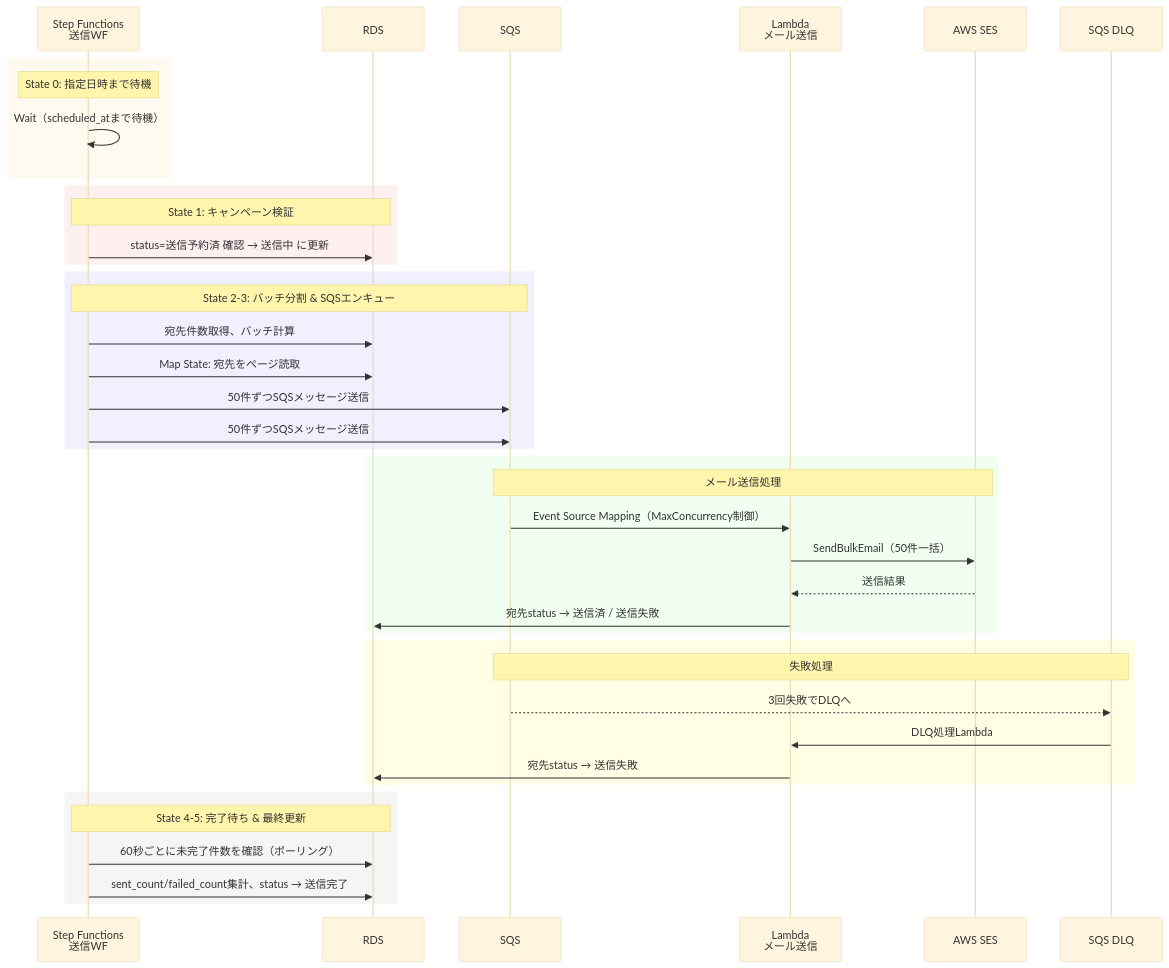
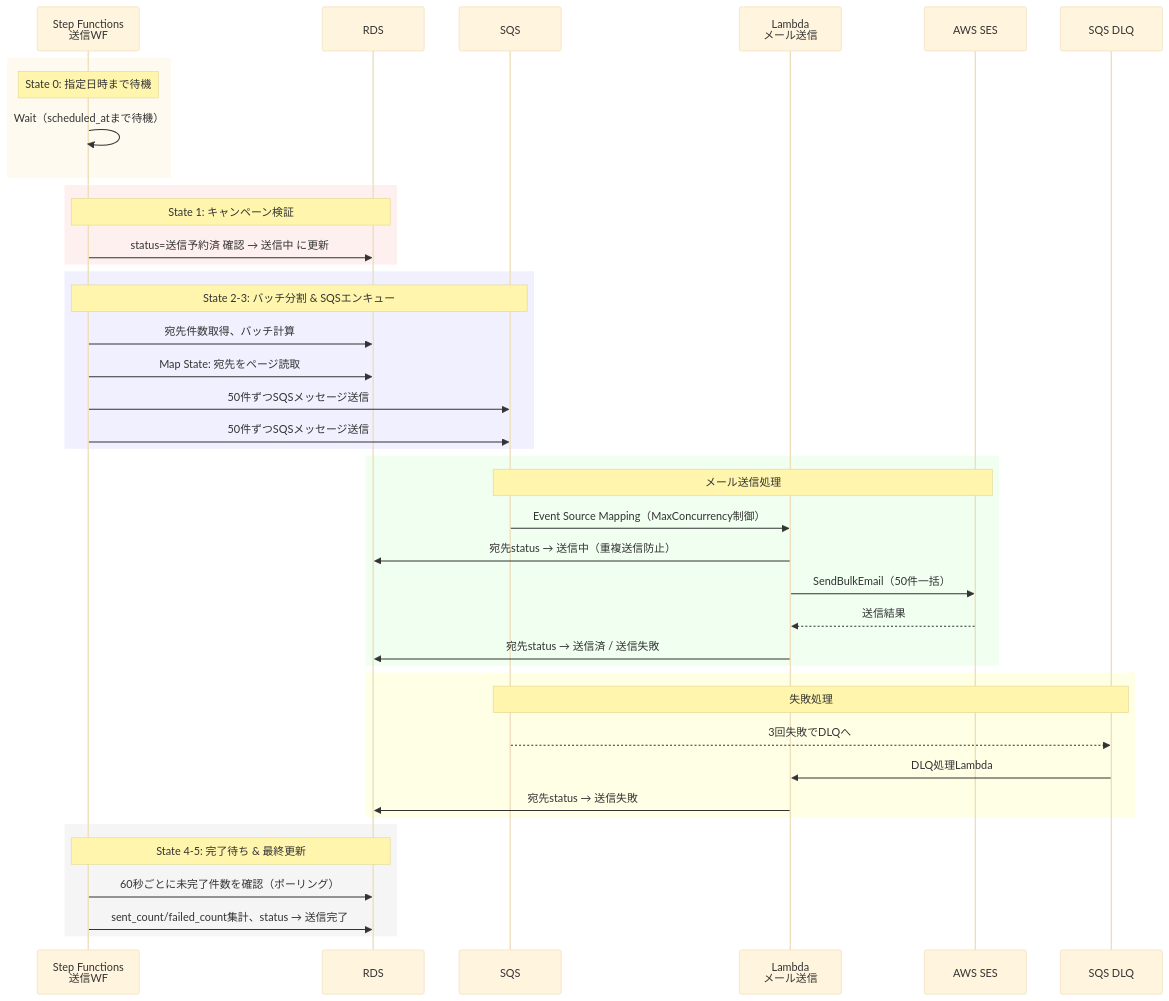
Before and after one commit to muratariku0903/mass-emailing: the fifth of 5 diagrams in docs/00-overview.md, drawn with Mermaid (base theme). The commit also changed other lines of this file and 3 other files, not shown here.

````diff
--- a/docs/00-overview.md
+++ b/docs/00-overview.md
@@ -143,48 +149,49 @@
 ```mermaid
 sequenceDiagram
     participant SFn as Step Functions<br/>送信WF
     participant RDS
     participant SQS
     participant Lambda as Lambda<br/>メール送信
     participant SES as AWS SES
     participant DLQ as SQS DLQ
 
     rect rgb(255, 250, 240)
     Note over SFn: State 0: 指定日時まで待機
     SFn->>SFn: Wait（scheduled_atまで待機）
     end
 
     rect rgb(255, 240, 240)
     Note over SFn, RDS: State 1: キャンペーン検証
     SFn->>RDS: status=送信予約済 確認 → 送信中 に更新
     end
 
     rect rgb(240, 240, 255)
     Note over SFn, SQS: State 2-3: バッチ分割 & SQSエンキュー
     SFn->>RDS: 宛先件数取得、バッチ計算
     SFn->>RDS: Map State: 宛先をページ読取
     SFn->>SQS: 50件ずつSQSメッセージ送信
     SFn->>SQS: 50件ずつSQSメッセージ送信
     end
 
     rect rgb(240, 255, 240)
     Note over SQS, SES: メール送信処理
     SQS->>Lambda: Event Source Mapping（MaxConcurrency制御）
+    Lambda->>RDS: 宛先status → 送信中（重複送信防止）
     Lambda->>SES: SendBulkEmail（50件一括）
     SES-->>Lambda: 送信結果
     Lambda->>RDS: 宛先status → 送信済 / 送信失敗
     end
 
     rect rgb(255, 255, 230)
     Note over SQS, DLQ: 失敗処理
     SQS-->>DLQ: 3回失敗でDLQへ
     DLQ->>Lambda: DLQ処理Lambda
     Lambda->>RDS: 宛先status → 送信失敗
     end
 
     rect rgb(245, 245, 245)
     Note over SFn, RDS: State 4-5: 完了待ち & 最終更新
     SFn->>RDS: 60秒ごとに未完了件数を確認（ポーリング）
     SFn->>RDS: sent_count/failed_count集計、status → 送信完了
     end
 ```
````
